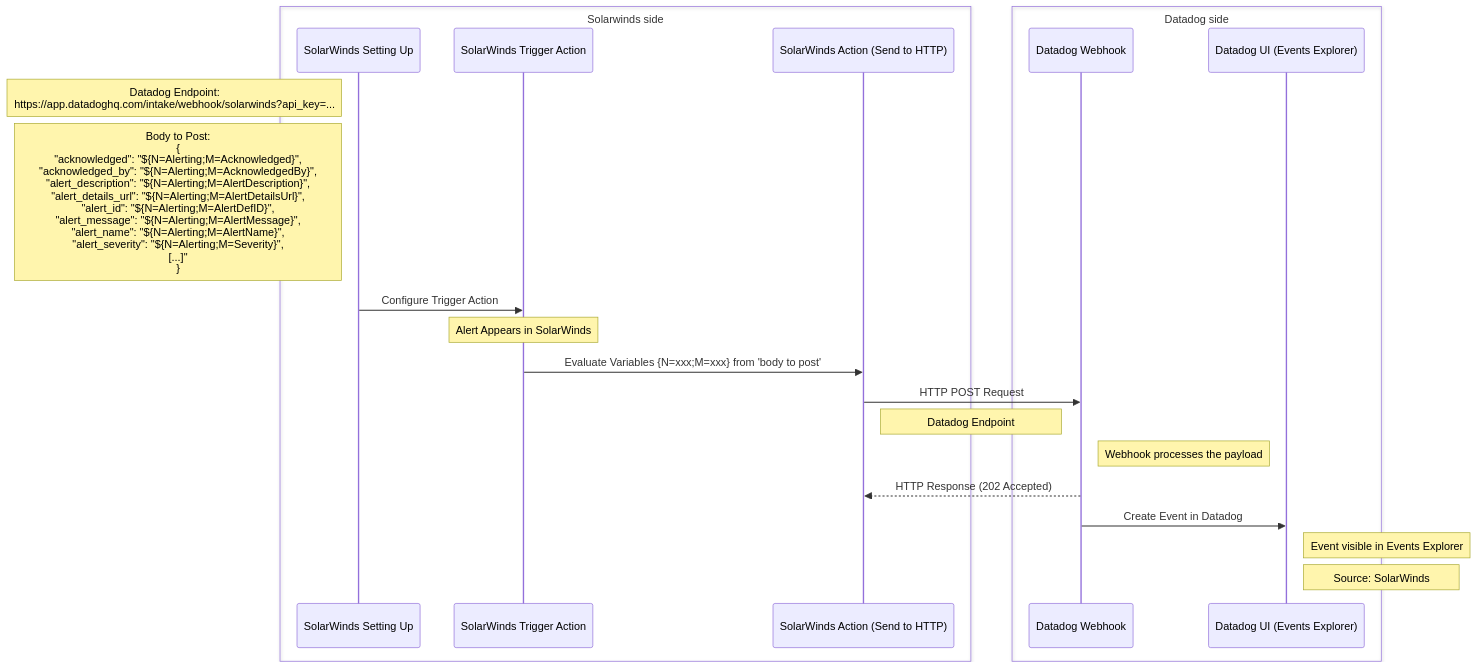
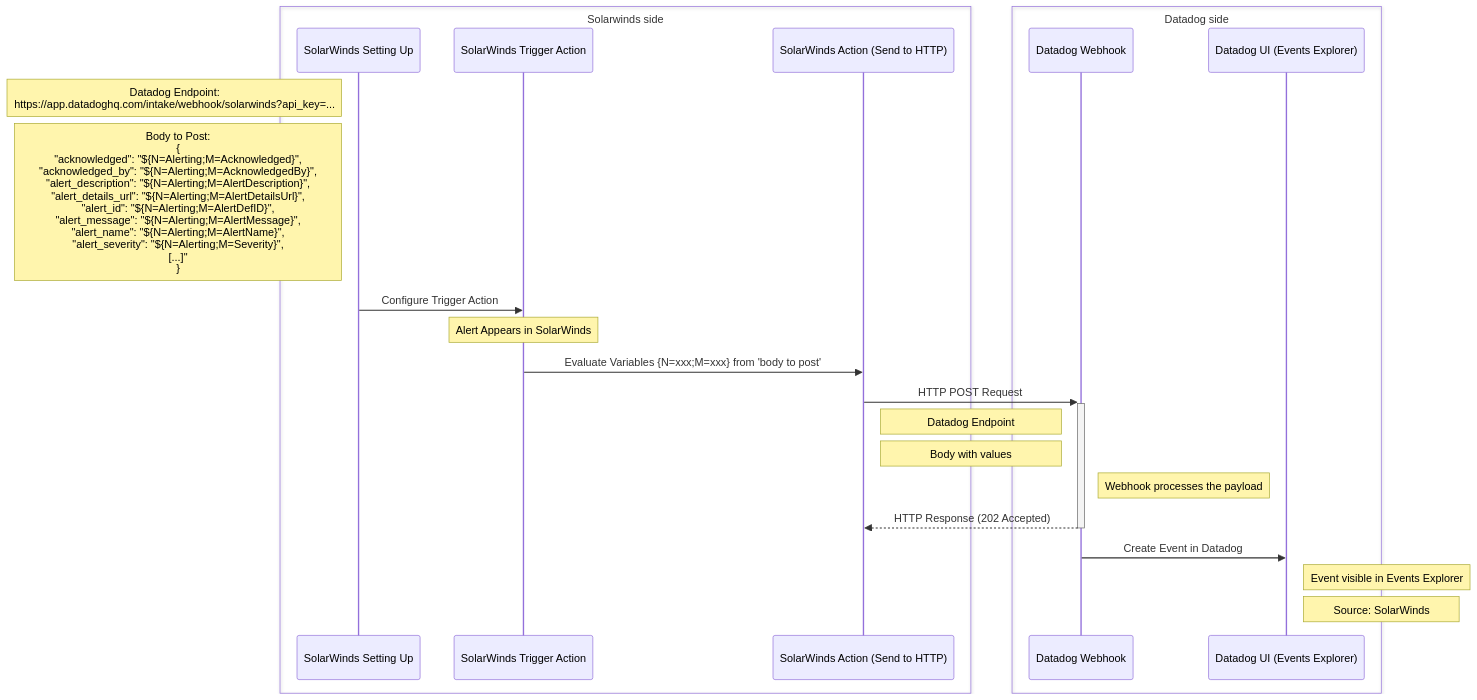
The diagram in README.md (ddalexvea/datadog-solarwinds-events), drawn with Mermaid before and after one commit.

````diff
--- a/README.md
+++ b/README.md
@@ -5,24 +5,25 @@
 ```mermaid
 sequenceDiagram
     box Solarwinds side
     participant Setup as SolarWinds Setting Up
     participant TriggerAction as SolarWinds Trigger Action
     participant SendHTTP as SolarWinds Action (Send to HTTP)
     end
     box Datadog side
     participant DatadogWebhook as Datadog Webhook
     participant DatadogUI as Datadog UI (Events Explorer)
     end
     Note left of Setup: Datadog Endpoint:<br/> https://app.datadoghq.com/intake/webhook/solarwinds?api_key=...
-    Note left of Setup:Body to Post:<br/>{<br/>                                                                                                             "acknowledged": "${N=Alerting#59;M=Acknowledged}",<br>   "acknowledged_by": "${N=Alerting#59;M=AcknowledgedBy}",<br>   "alert_description": "${N=Alerting#59;M=AlertDescription}",<br>   "alert_details_url": "${N=Alerting#59;M=AlertDetailsUrl}",<br>   "alert_id": "${N=Alerting#59;M=AlertDefID}",<br>   "alert_message": "${N=Alerting#59;M=AlertMessage}",<br>   "alert_name": "${N=Alerting#59;M=AlertName}",<br>   "alert_severity": "${N=Alerting#59;M=Severity}",<br> [...]"<br>}
+    Note left of Setup: Body to Post:<br/>{<br/>                                                                                                             "acknowledged": "${N=Alerting#59;M=Acknowledged}",<br>   "acknowledged_by": "${N=Alerting#59;M=AcknowledgedBy}",<br>   "alert_description": "${N=Alerting#59;M=AlertDescription}",<br>   "alert_details_url": "${N=Alerting#59;M=AlertDetailsUrl}",<br>   "alert_id": "${N=Alerting#59;M=AlertDefID}",<br>   "alert_message": "${N=Alerting#59;M=AlertMessage}",<br>   "alert_name": "${N=Alerting#59;M=AlertName}",<br>   "alert_severity": "${N=Alerting#59;M=Severity}",<br> [...]"<br>}
     Setup->>TriggerAction: Configure Trigger Action
     Note over TriggerAction: Alert Appears in SolarWinds
     TriggerAction->>SendHTTP: Evaluate Variables {N=xxx#59;M=xxx} from 'body to post'
-    SendHTTP->>DatadogWebhook: HTTP POST Request
+    SendHTTP->>+DatadogWebhook: HTTP POST Request
     Note right of SendHTTP: Datadog Endpoint
+    Note right of SendHTTP: Body with values
     Note right of DatadogWebhook: Webhook processes the payload
-    DatadogWebhook-->>SendHTTP: HTTP Response (202 Accepted)
+    DatadogWebhook-->>-SendHTTP: HTTP Response (202 Accepted)
     DatadogWebhook->>DatadogUI: Create Event in Datadog
     Note right of DatadogUI: Event visible in Events Explorer
     Note right of DatadogUI: Source: SolarWinds
 ```
````
